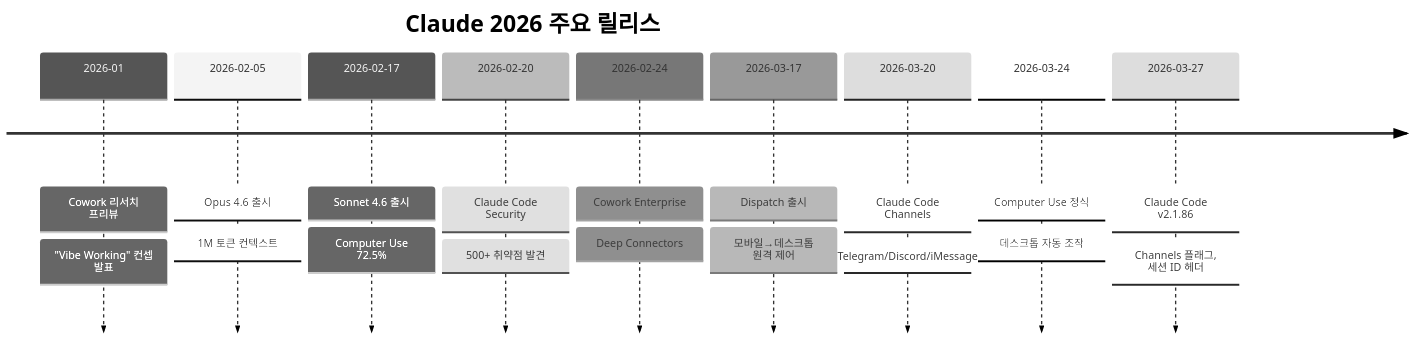
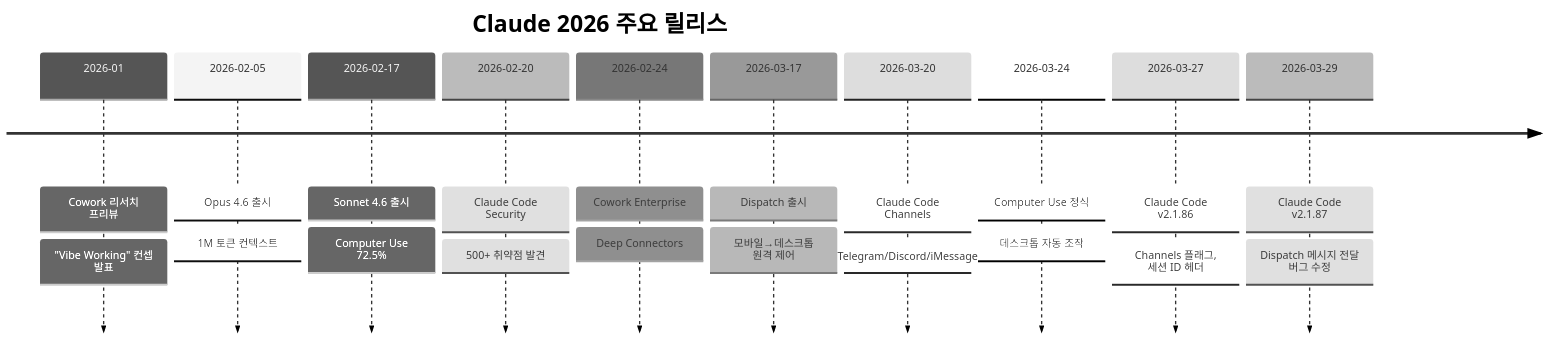
Before and after one commit to adszzz11/study: the diagram in tech/ai/claude/12-2026-updates.md, drawn with Mermaid (neutral theme). The commit also changed other lines of this file, not shown here.

First line of the commit message:
📝 [docs] Claude 업데이트 반영 - 2026-03-30

````diff
--- a/tech/ai/claude/12-2026-updates.md
+++ b/tech/ai/claude/12-2026-updates.md
@@ -17,22 +17,24 @@
 ```mermaid
 timeline
     title Claude 2026 주요 릴리스
     2026-01 : Cowork 리서치 프리뷰
            : "Vibe Working" 컨셉 발표
     2026-02-05 : Opus 4.6 출시
               : 1M 토큰 컨텍스트
     2026-02-17 : Sonnet 4.6 출시
               : Computer Use 72.5%
     2026-02-20 : Claude Code Security
               : 500+ 취약점 발견
     2026-02-24 : Cowork Enterprise
               : Deep Connectors
     2026-03-17 : Dispatch 출시
               : 모바일→데스크톱 원격 제어
     2026-03-20 : Claude Code Channels
               : Telegram/Discord/iMessage
     2026-03-24 : Computer Use 정식
               : 데스크톱 자동 조작
     2026-03-27 : Claude Code v2.1.86
               : Channels 플래그, 세션 ID 헤더
+    2026-03-29 : Claude Code v2.1.87
+              : Dispatch 메시지 전달 버그 수정
 ```
````
